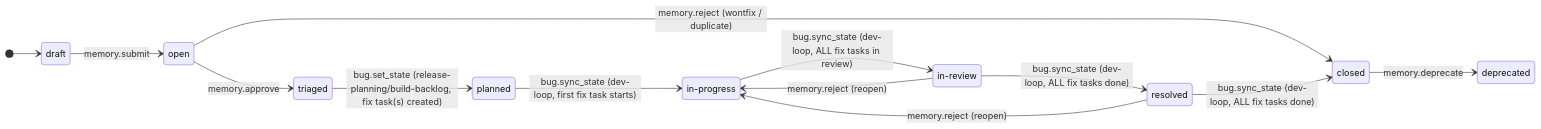
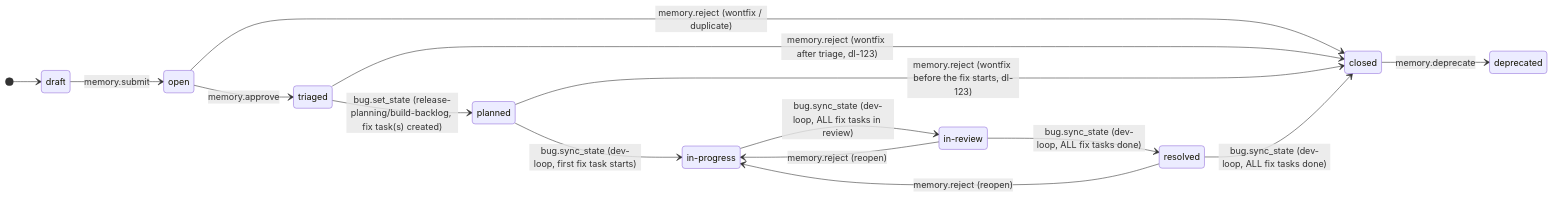
Diagram 19 of 19 in .wingfoil/WORKFLOW.md (robypomper/wingfoil), drawn with Mermaid before and after one commit. The commit also changed 2 other files, not shown here.

Commit message:
docs(config): task-114 — dev-loop header, task template and WORKFLOW.md bug diagram name the dl-123 decline edges

````diff
--- a/.wingfoil/WORKFLOW.md
+++ b/.wingfoil/WORKFLOW.md
@@ -404,19 +404,21 @@
 ```mermaid
 stateDiagram-v2
     direction LR
     [*] --> draft
     draft --> open : memory.submit
     open --> triaged : memory.approve
     open --> closed : memory.reject (wontfix / duplicate)
     triaged --> planned : bug.set_state (release-planning/build-backlog, fix task(s) created)
+    triaged --> closed : memory.reject (wontfix after triage, dl-123)
+    planned --> closed : memory.reject (wontfix before the fix starts, dl-123)
     planned --> in_progress : bug.sync_state (dev-loop, first fix task starts)
     in_progress --> in_review : bug.sync_state (dev-loop, ALL fix tasks in review)
     in_review --> resolved : bug.sync_state (dev-loop, ALL fix tasks done)
     in_review --> in_progress : memory.reject (reopen)
     resolved --> closed : bug.sync_state (dev-loop, ALL fix tasks done)
     resolved --> in_progress : memory.reject (reopen)
     closed --> deprecated : memory.deprecate
 
     in_progress : in-progress
     in_review : in-review
 ```
````
